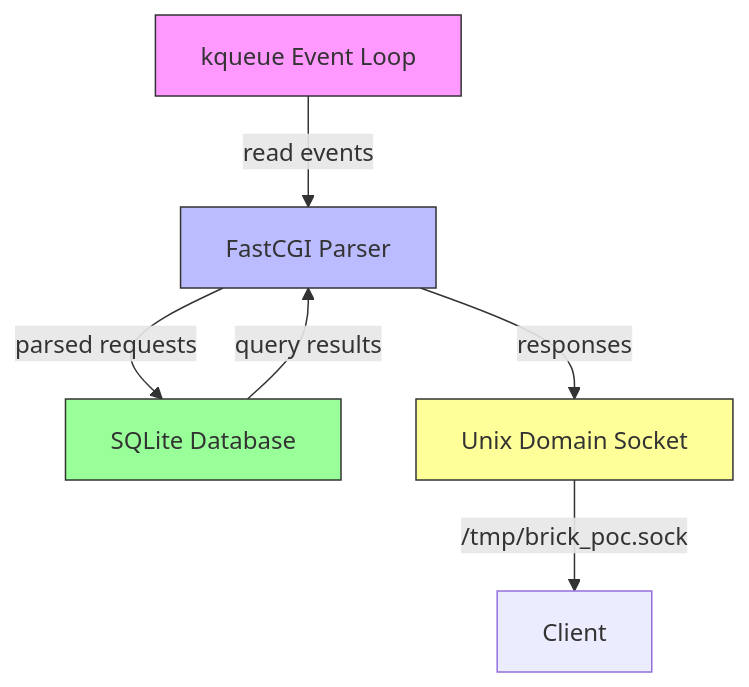
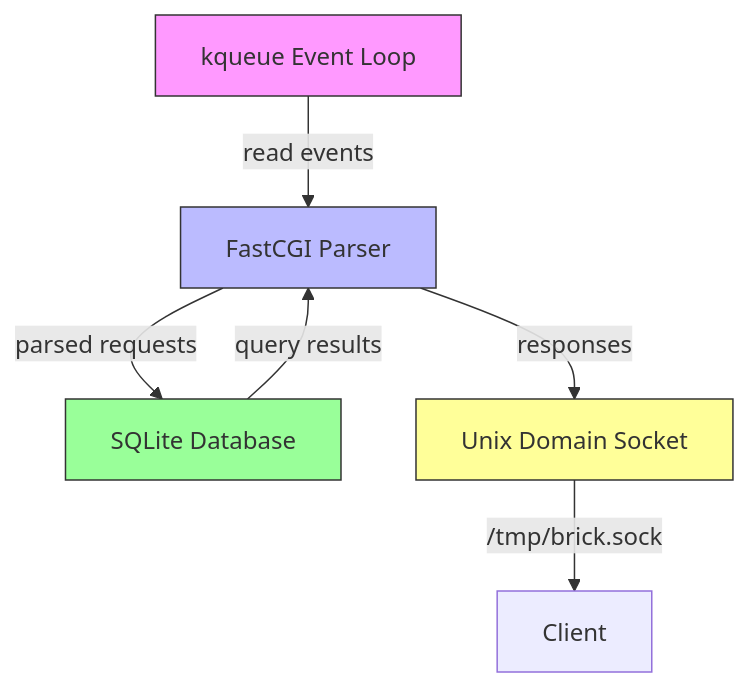
One commit to psychoslave/brick changed the diagram in README.md. Above: the diagram before and after it, drawn with Mermaid. The commit also changed other lines of this file, not shown here.

````diff
--- a/README.md
+++ b/README.md
@@ -102,13 +15,13 @@
 ```mermaid
 graph TD
     A[kqueue Event Loop] -->|read events| B[FastCGI Parser]
     B -->|parsed requests| C[SQLite Database]
     C -->|query results| B
     B -->|responses| D[Unix Domain Socket]
-    D -->|/tmp/brick_poc.sock| E[Client]
+    D -->|/tmp/brick.sock| E[Client]
     
     style A fill:#f9f,stroke:#333
     style B fill:#bbf,stroke:#333
     style C fill:#9f9,stroke:#333
     style D fill:#ff9,stroke:#333
 ```
````
